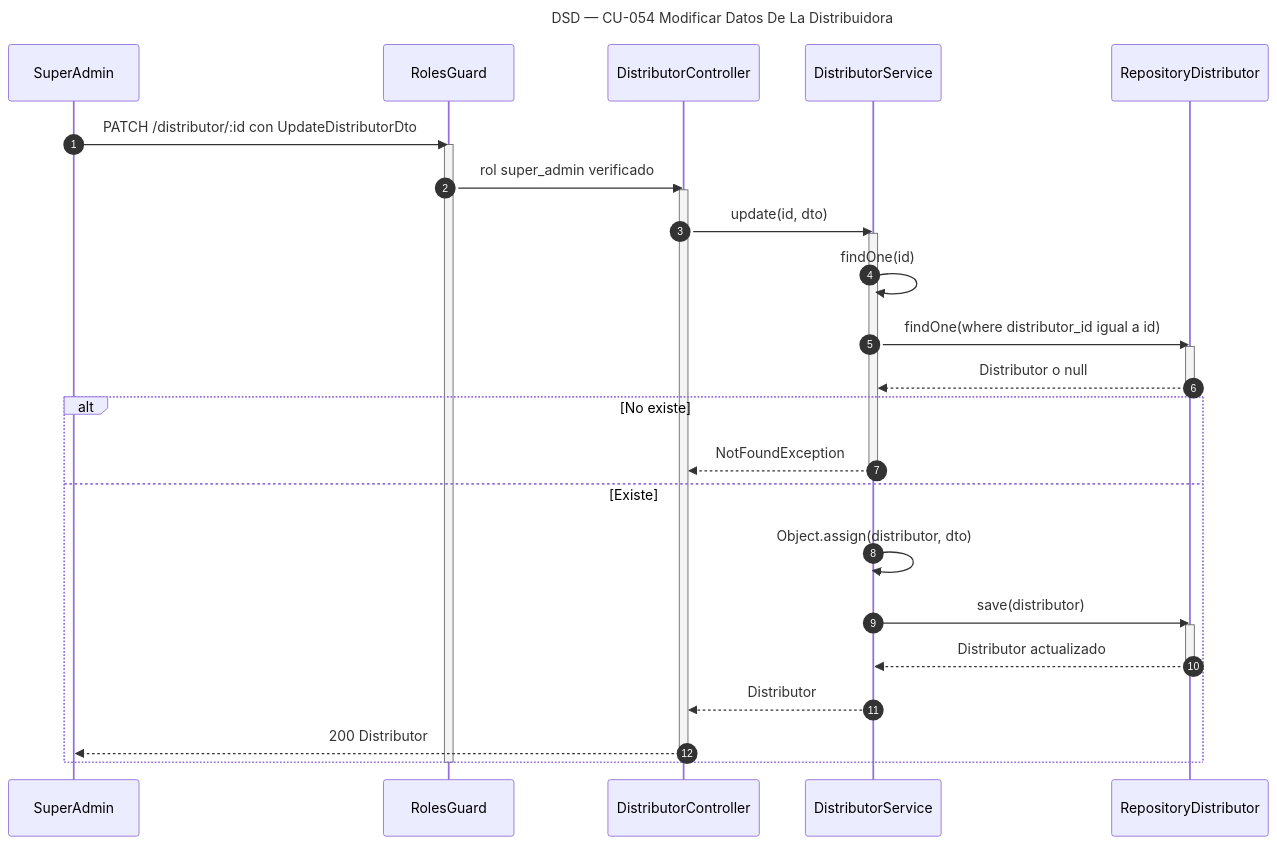
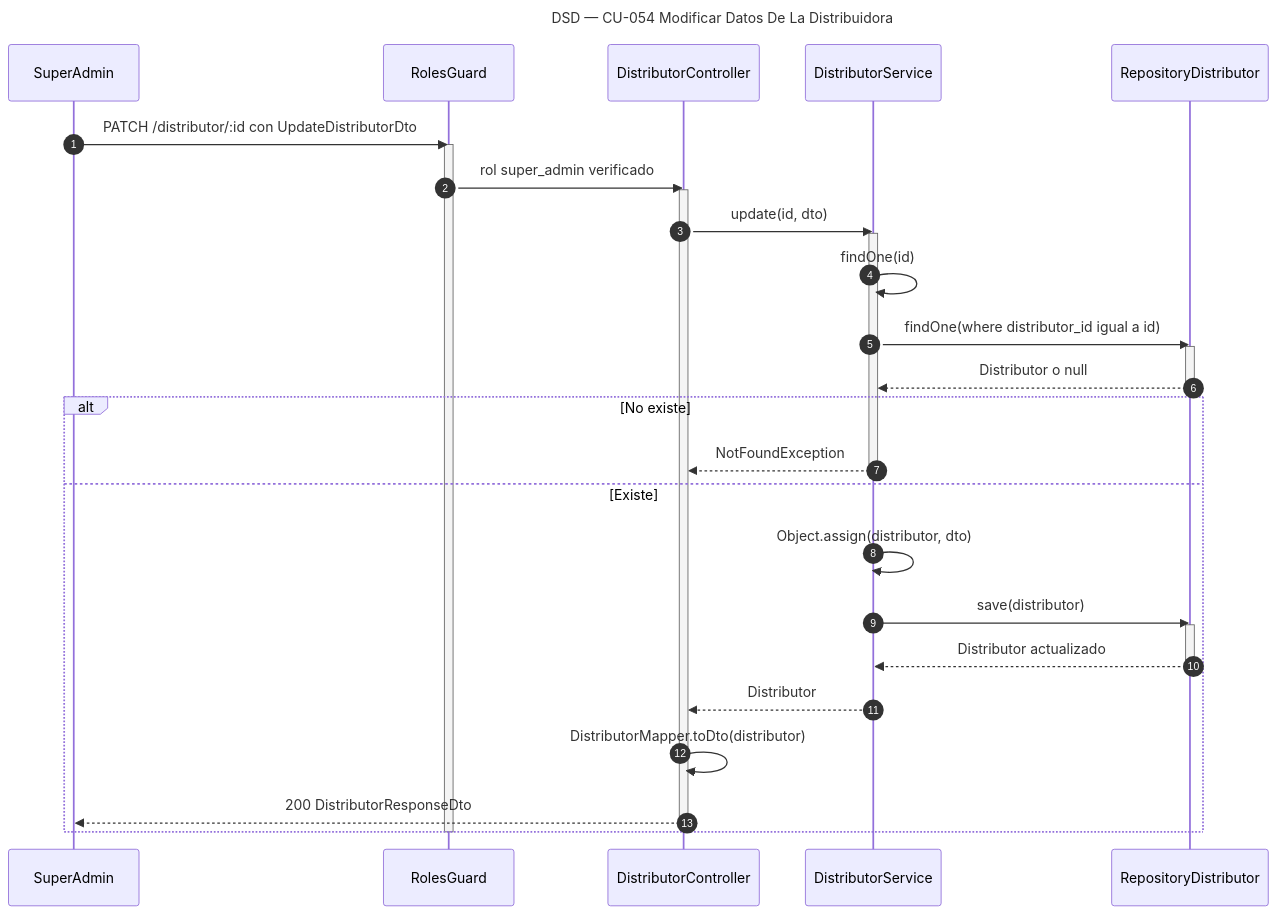
Before and after one commit to Nahuelito-Dev/splg-docs: the diagram in diagramas/DSD_CU-054_Modificar-Datos-De-La-Distribuidora.mmd, drawn with Mermaid. The commit also changed 4 other files, not shown here.

Commit message:
docs(dsd): distribuidoras con DistributorResponseDto

```diff
--- a/diagramas/DSD_CU-054_Modificar-Datos-De-La-Distribuidora.mmd
+++ b/diagramas/DSD_CU-054_Modificar-Datos-De-La-Distribuidora.mmd
@@ -1,34 +1,35 @@
 sequenceDiagram
     title DSD — CU-054 Modificar Datos De La Distribuidora
     autonumber
     participant SA as SuperAdmin
     participant GRD as RolesGuard
     participant CTRL as DistributorController
     participant SRV as DistributorService
     participant REPO as RepositoryDistributor
 
     SA->>GRD: PATCH /distributor/:id con UpdateDistributorDto
     activate GRD
     GRD->>CTRL: rol super_admin verificado
     activate CTRL
     CTRL->>SRV: update(id, dto)
     activate SRV
     SRV->>SRV: findOne(id)
     SRV->>REPO: findOne(where distributor_id igual a id)
     activate REPO
     REPO-->>SRV: Distributor o null
     deactivate REPO
     alt No existe
         SRV-->>CTRL: NotFoundException
         deactivate SRV
     else Existe
         SRV->>SRV: Object.assign(distributor, dto)
         SRV->>REPO: save(distributor)
         activate REPO
         REPO-->>SRV: Distributor actualizado
         deactivate REPO
         SRV-->>CTRL: Distributor
-        CTRL-->>SA: 200 Distributor
+        CTRL->>CTRL: DistributorMapper.toDto(distributor)
+        CTRL-->>SA: 200 DistributorResponseDto
         deactivate CTRL
     end
     deactivate GRD
```
